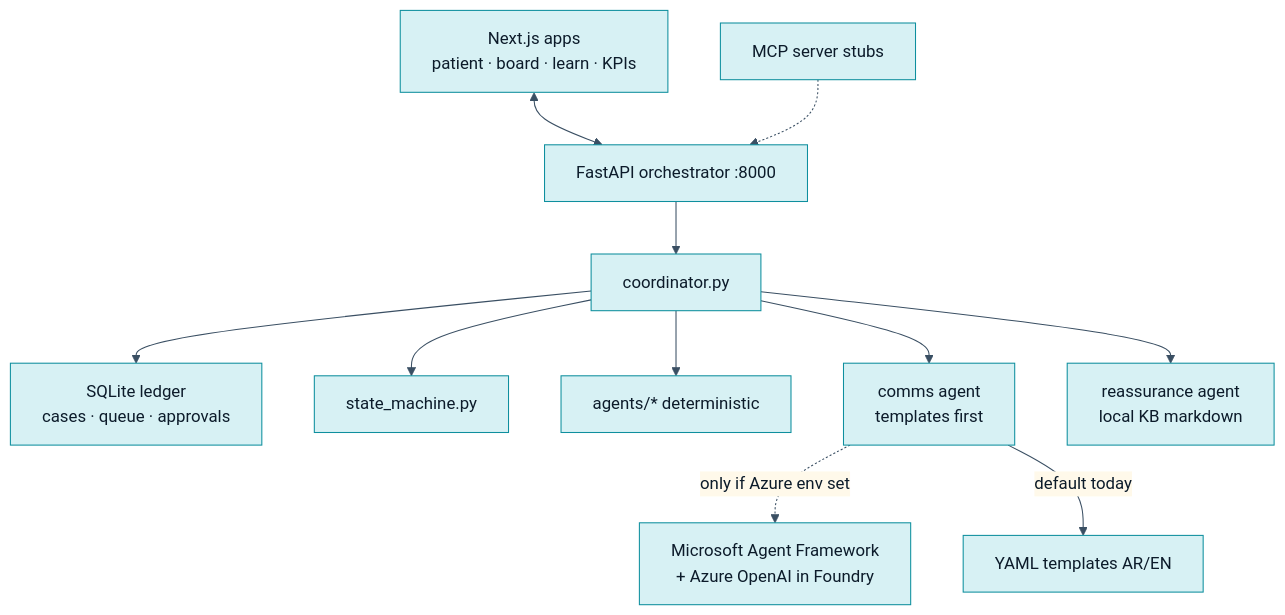
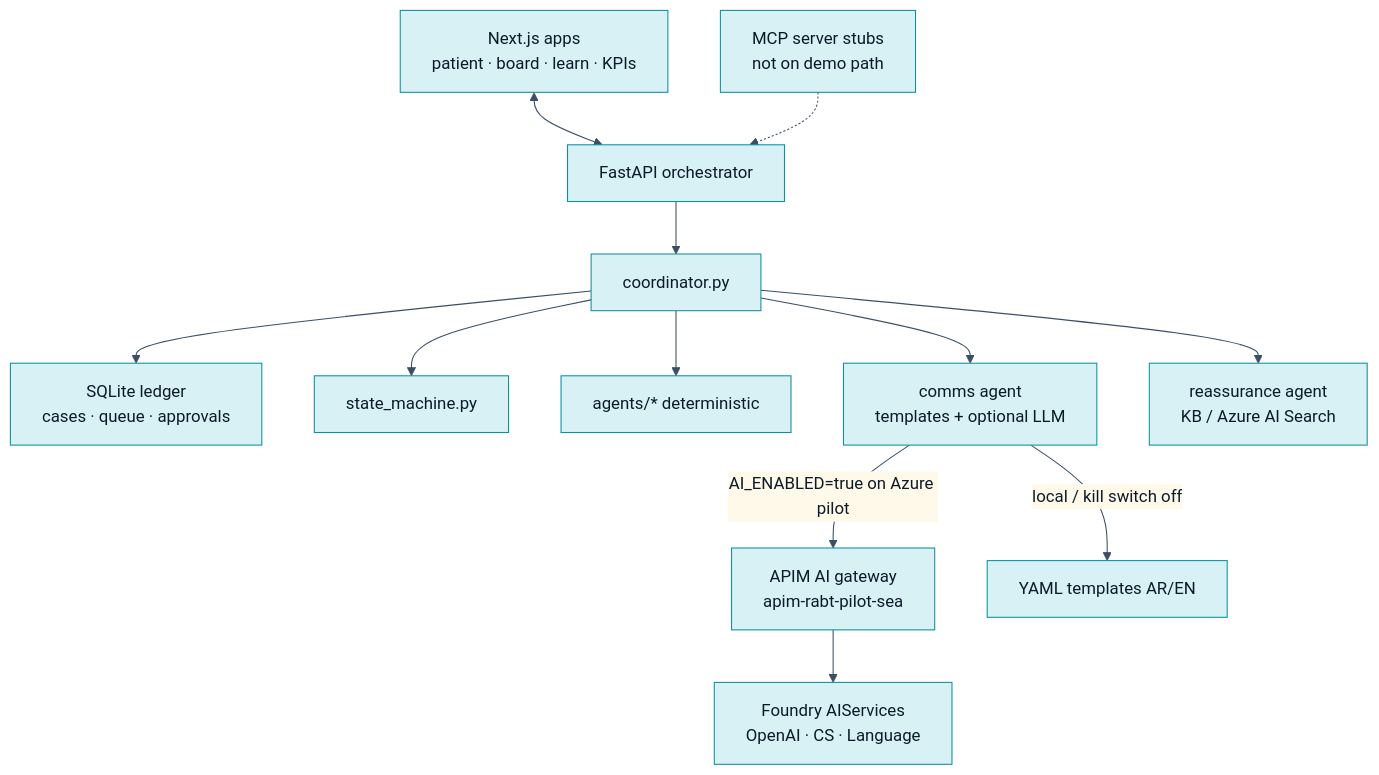
One commit to suhail39ahmed/rabt-care-loop changed the diagram in docs/assets/architecture-asbuilt.mmd. Above: the diagram before and after it, drawn with Mermaid. The commit also changed 13 other files, not shown here.

First line of the commit message:
docs: refresh pilot URLs, architecture diagrams, and Azure AI docs (#167)

```diff
--- a/docs/assets/architecture-asbuilt.mmd
+++ b/docs/assets/architecture-asbuilt.mmd
@@ -1,24 +1,26 @@
 %%{init: {'theme': 'base', 'themeVariables': { 'primaryColor': '#d7f1f4', 'primaryTextColor': '#0c1b2a', 'primaryBorderColor': '#0e8f9e', 'lineColor': '#3a4f63', 'secondaryColor': '#fff9ea', 'tertiaryColor': '#f3f5ff', 'fontFamily': 'Segoe UI, Arial'}}}%%
 flowchart TB
   WEB["Next.js apps<br/>patient · board · learn · KPIs"]
-  API["FastAPI orchestrator :8000"]
+  API["FastAPI orchestrator"]
   LED["SQLite ledger<br/>cases · queue · approvals"]
   SM["state_machine.py"]
   CO["coordinator.py"]
   DET["agents/* deterministic"]
-  COM["comms agent<br/>templates first"]
-  REA["reassurance agent<br/>local KB markdown"]
-  MCP["MCP server stubs"]
-  AF["Microsoft Agent Framework<br/>+ Azure OpenAI in Foundry"]
+  COM["comms agent<br/>templates + optional LLM"]
+  REA["reassurance agent<br/>KB / Azure AI Search"]
+  MCP["MCP server stubs<br/>not on demo path"]
+  APIM["APIM AI gateway<br/>apim-rabt-pilot-sea"]
+  FOU["Foundry AIServices<br/>OpenAI · CS · Language"]
   TPL["YAML templates AR/EN"]
 
   WEB <--> API
   API --> CO
   CO --> SM
   CO --> LED
   CO --> DET
   CO --> COM
   CO --> REA
-  COM -.->|only if Azure env set| AF
-  COM -->|default today| TPL
+  COM -->|AI_ENABLED=true on Azure pilot| APIM
+  APIM --> FOU
+  COM -->|local / kill switch off| TPL
   MCP -.-> API
```
